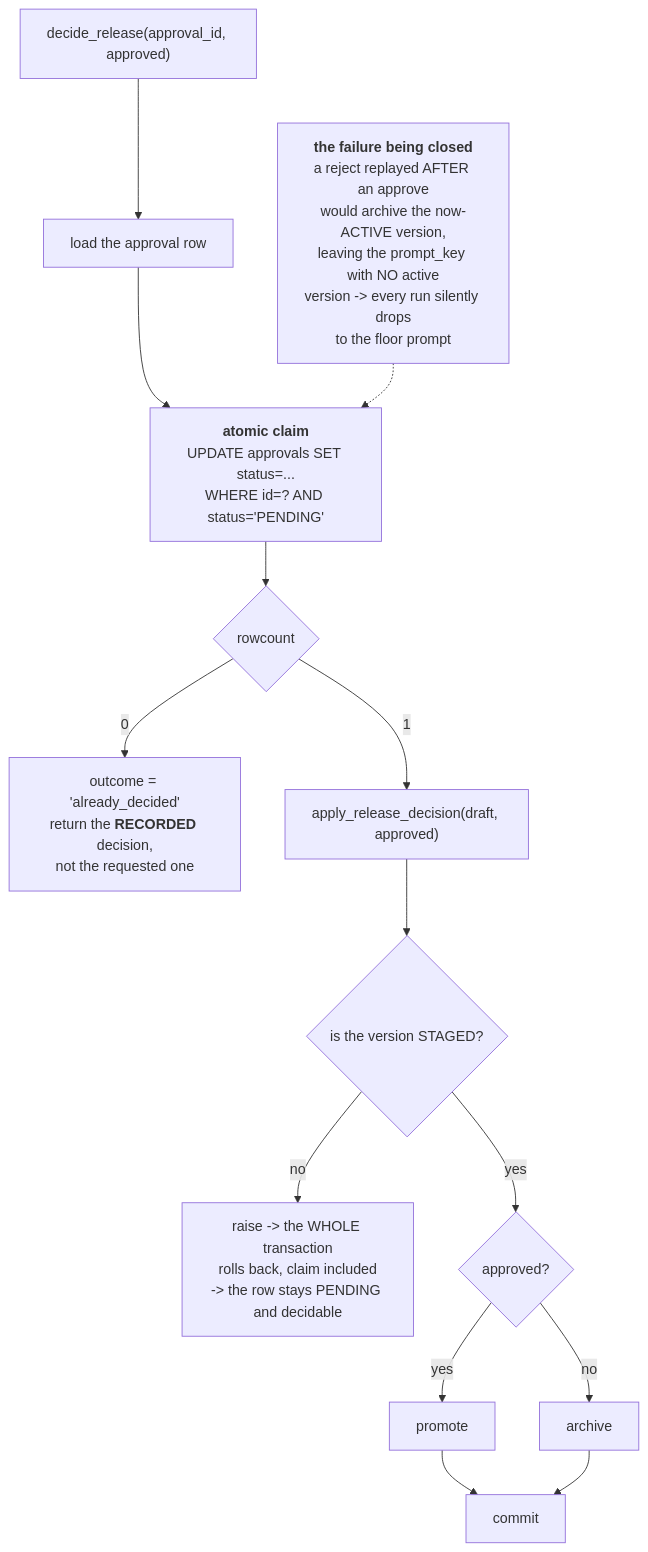
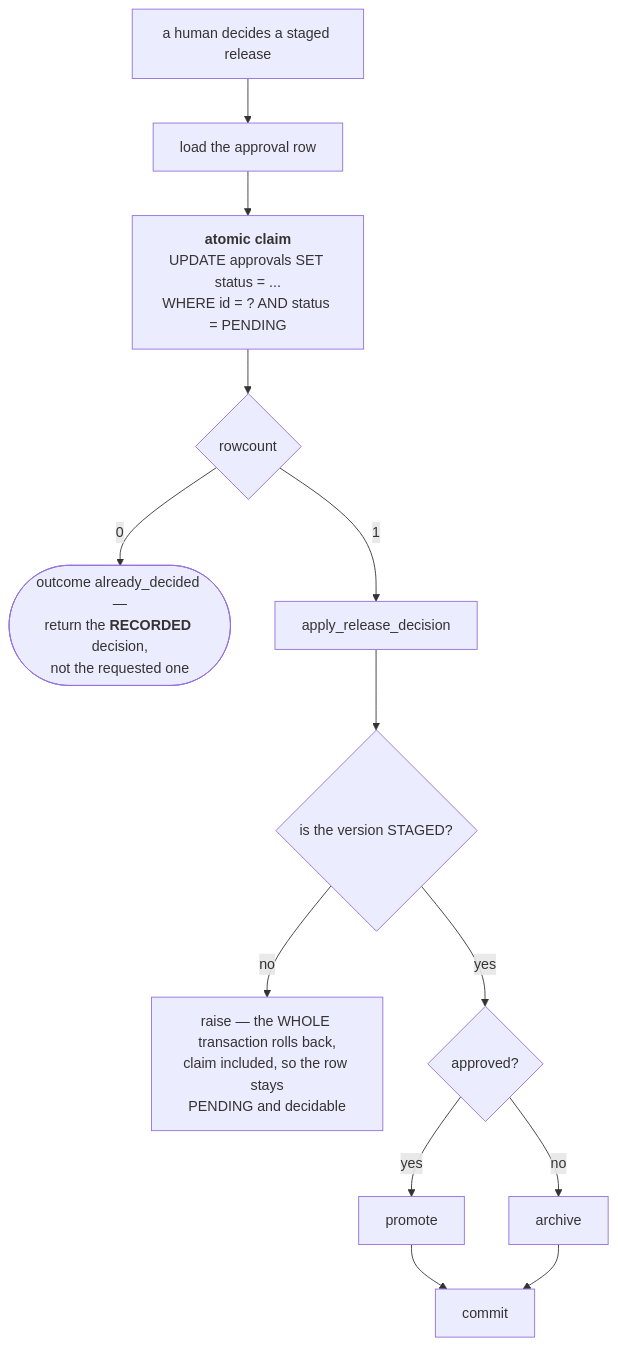
One commit to yrevash/aegis changed the fifth of 5 diagrams in docs/teaching/evals-ops/40-diagrams.md. Above: the diagram before and after it, drawn with Mermaid. The commit also changed other lines of this file and 111 other files, not shown here.

````diff
--- a/docs/teaching/evals-ops/40-diagrams.md
+++ b/docs/teaching/evals-ops/40-diagrams.md
@@ -228,19 +139,17 @@
 ```mermaid
 flowchart TB
-    D["decide_release(approval_id, approved)"] --> LOAD["load the approval row"]
-    LOAD --> CLAIM["<b>atomic claim</b><br/>UPDATE approvals SET status=...<br/>WHERE id=? AND status='PENDING'"]
+    D["a human decides a staged release"] --> LOAD["load the approval row"]
+    LOAD --> CLAIM["<b>atomic claim</b><br/>UPDATE approvals SET status = ...<br/>WHERE id = ? AND status = PENDING"]
 
     CLAIM --> RC{"rowcount"}
-    RC -->|0| ALREADY["outcome = 'already_decided'<br/>return the <b>RECORDED</b> decision,<br/>not the requested one"]
-    RC -->|1| APPLY["apply_release_decision(draft, approved)"]
+    RC -->|0| ALREADY(["outcome already_decided —<br/>return the <b>RECORDED</b> decision,<br/>not the requested one"])
+    RC -->|1| APPLY["apply_release_decision"]
 
     APPLY --> ST{"is the version STAGED?"}
-    ST -->|no| RAISE["raise -> the WHOLE transaction<br/>rolls back, claim included<br/>-> the row stays PENDING and decidable"]
+    ST -->|no| RAISE["raise — the WHOLE transaction rolls back,<br/>claim included, so the row stays<br/>PENDING and decidable"]
     ST -->|yes| ACT{"approved?"}
     ACT -->|yes| PROM["promote"]
     ACT -->|no| ARCH["archive"]
     PROM --> COMMIT["commit"]
     ARCH --> COMMIT
-
-    FAIL["<b>the failure being closed</b><br/>a reject replayed AFTER an approve<br/>would archive the now-ACTIVE version,<br/>leaving the prompt_key with NO active<br/>version -> every run silently drops<br/>to the floor prompt"] -.-> CLAIM
 ```
````
